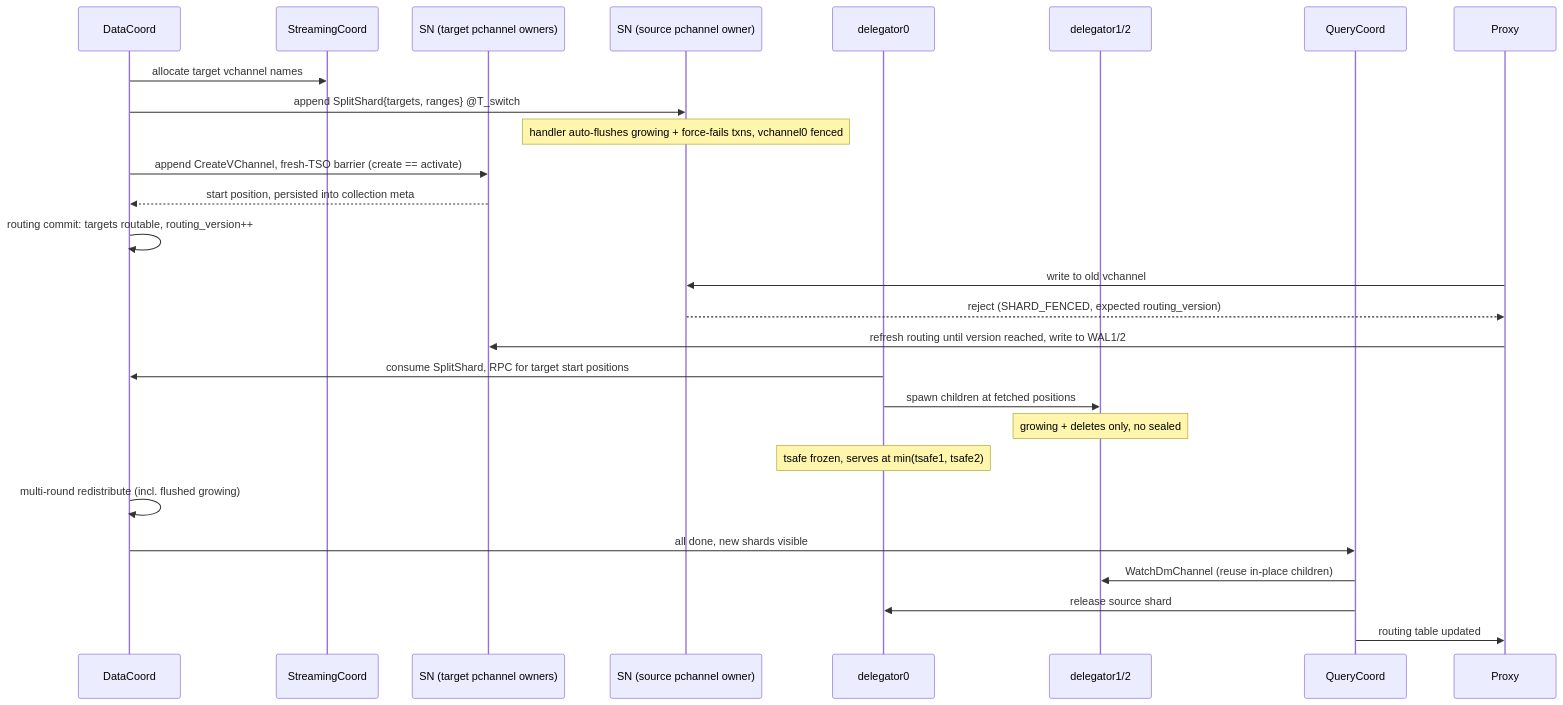
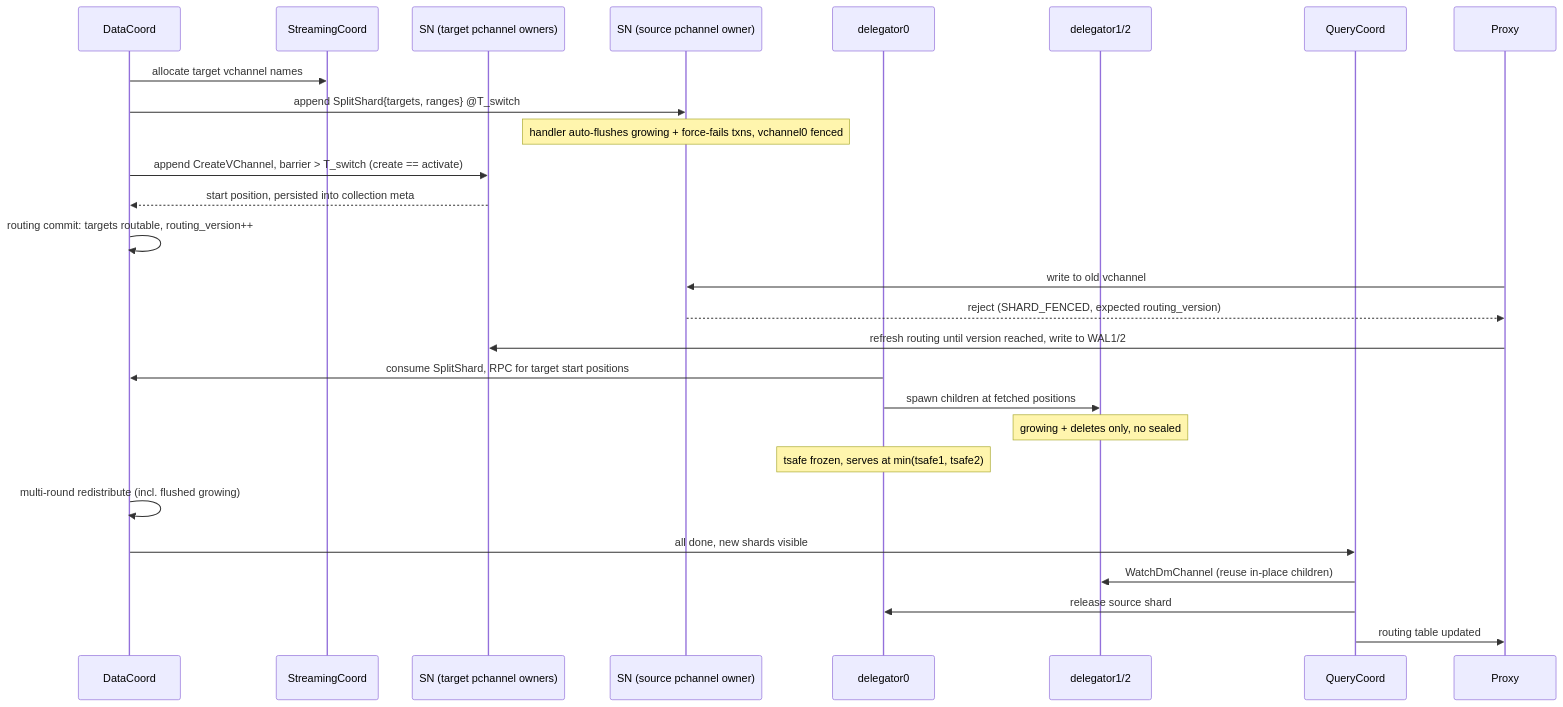
The second of 4 diagrams in docs/design-docs/design_docs/20260610-shard_split.md (milvus-io/milvus), drawn with Mermaid before and after one commit. The commit also changed other lines of this file, not shown here.

First line of the commit message:
doc: align shard split design with the implemented routing predicate, barrier and T_switch drain

````diff
--- a/docs/design-docs/design_docs/20260610-shard_split.md
+++ b/docs/design-docs/design_docs/20260610-shard_split.md
@@ -344,29 +367,29 @@
 ```mermaid
 sequenceDiagram
     participant DC as DataCoord
     participant SC as StreamingCoord
     participant SNT as SN (target pchannel owners)
     participant SN0 as SN (source pchannel owner)
     participant D0 as delegator0
     participant D12 as delegator1/2
     participant QC as QueryCoord
     participant PX as Proxy
     DC->>SC: allocate target vchannel names
     DC->>SN0: append SplitShard{targets, ranges} @T_switch
     Note over SN0: handler auto-flushes growing + force-fails txns, vchannel0 fenced
-    DC->>SNT: append CreateVChannel, fresh-TSO barrier (create == activate)
+    DC->>SNT: append CreateVChannel, barrier > T_switch (create == activate)
     SNT-->>DC: start position, persisted into collection meta
     DC->>DC: routing commit: targets routable, routing_version++
     PX->>SN0: write to old vchannel
     SN0-->>PX: reject (SHARD_FENCED, expected routing_version)
     PX->>SNT: refresh routing until version reached, write to WAL1/2
     D0->>DC: consume SplitShard, RPC for target start positions
     D0->>D12: spawn children at fetched positions
     Note over D12: growing + deletes only, no sealed
     Note over D0: tsafe frozen, serves at min(tsafe1, tsafe2)
     DC->>DC: multi-round redistribute (incl. flushed growing)
     DC->>QC: all done, new shards visible
     QC->>D12: WatchDmChannel (reuse in-place children)
     QC->>D0: release source shard
     QC->>PX: routing table updated
 ```
````
